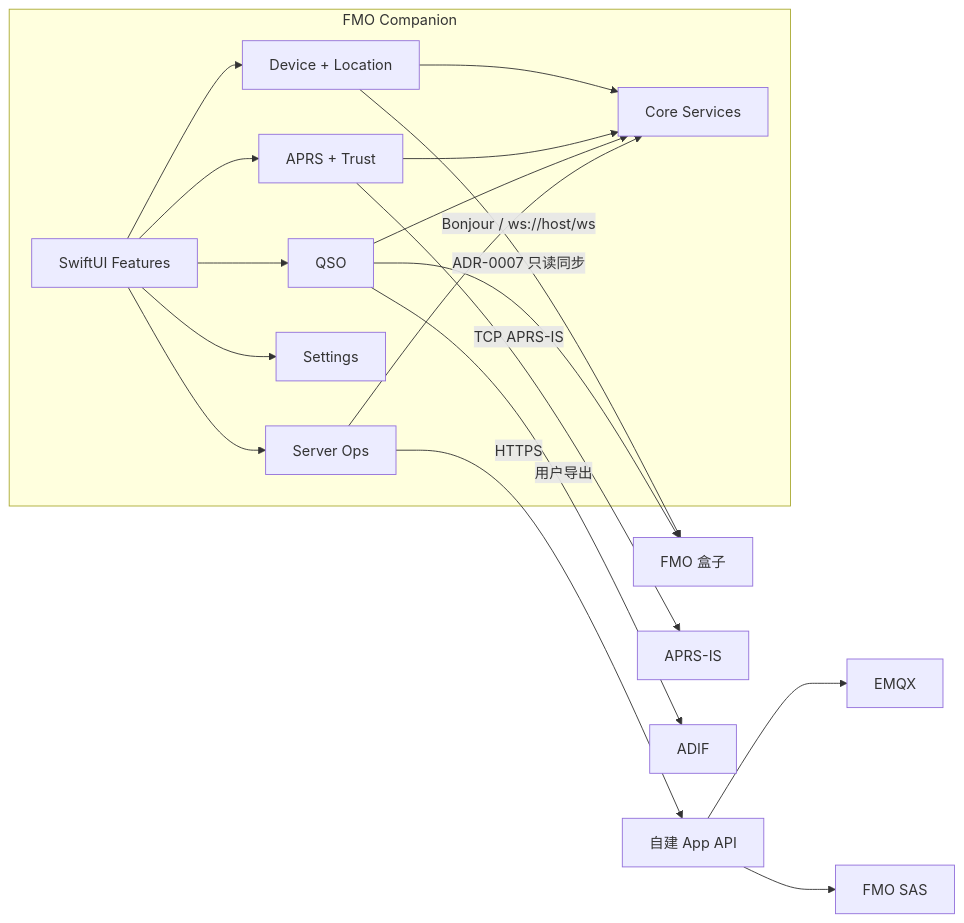
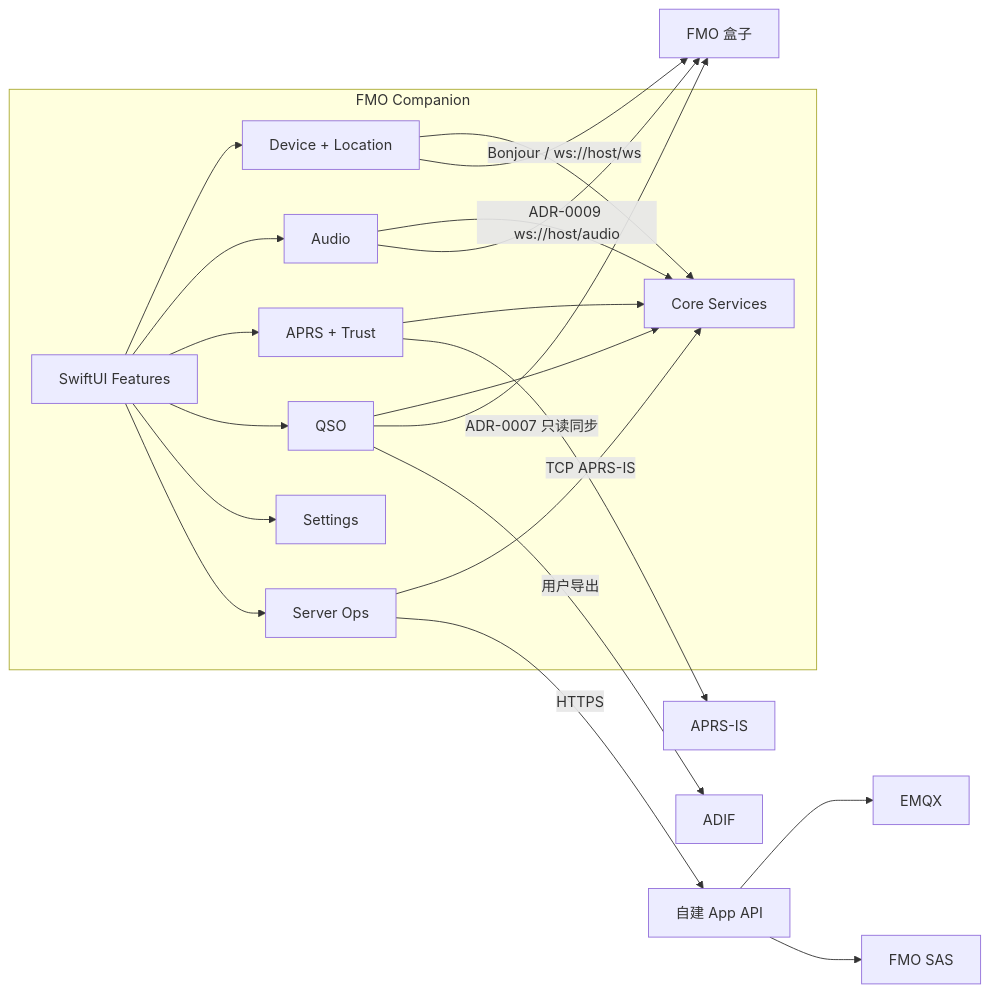
Before and after one commit to Johnson-LYS/FMO-Companion: the diagram in docs/architecture/overview.md, drawn with Mermaid. The commit also changed other lines of this file and 48 other files, not shown here.

````diff
--- a/docs/architecture/overview.md
+++ b/docs/architecture/overview.md
@@ -13,29 +13,33 @@
 ```mermaid
 flowchart LR
     subgraph IOS["FMO Companion"]
         UI["SwiftUI Features"]
         DEVICE["Device + Location"]
+        AUDIO["Audio"]
         APRS["APRS + Trust"]
         QSO["QSO"]
         SETTINGS["Settings"]
         SERVER["Server Ops"]
         CORE["Core Services"]
         UI --> DEVICE
+        UI --> AUDIO
         UI --> APRS
         UI --> QSO
         UI --> SETTINGS
         UI --> SERVER
         DEVICE --> CORE
+        AUDIO --> CORE
         APRS --> CORE
         QSO --> CORE
         SERVER --> CORE
     end
 
     DEVICE -->|"Bonjour / ws://host/ws"| BOX["FMO 盒子"]
+    AUDIO -->|"ADR-0009 ws://host/audio"| BOX
     APRS -->|"TCP APRS-IS"| APRSIS["APRS-IS"]
     SERVER -->|"HTTPS"| API["自建 App API"]
     API --> EMQX["EMQX"]
     API --> SAS["FMO SAS"]
     QSO -->|"ADR-0007 只读同步"| BOX
     QSO -->|"用户导出"| FILES["ADIF"]
 ```
````
